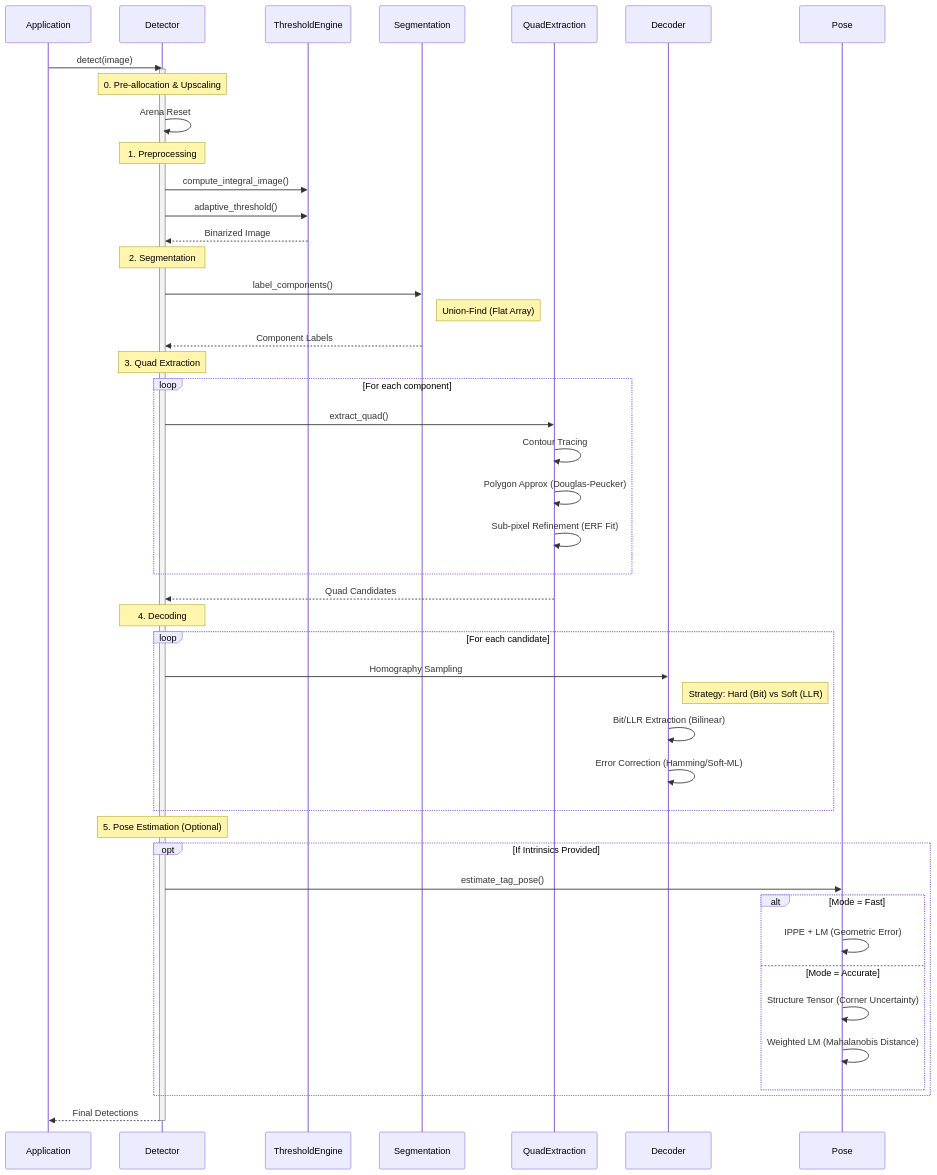
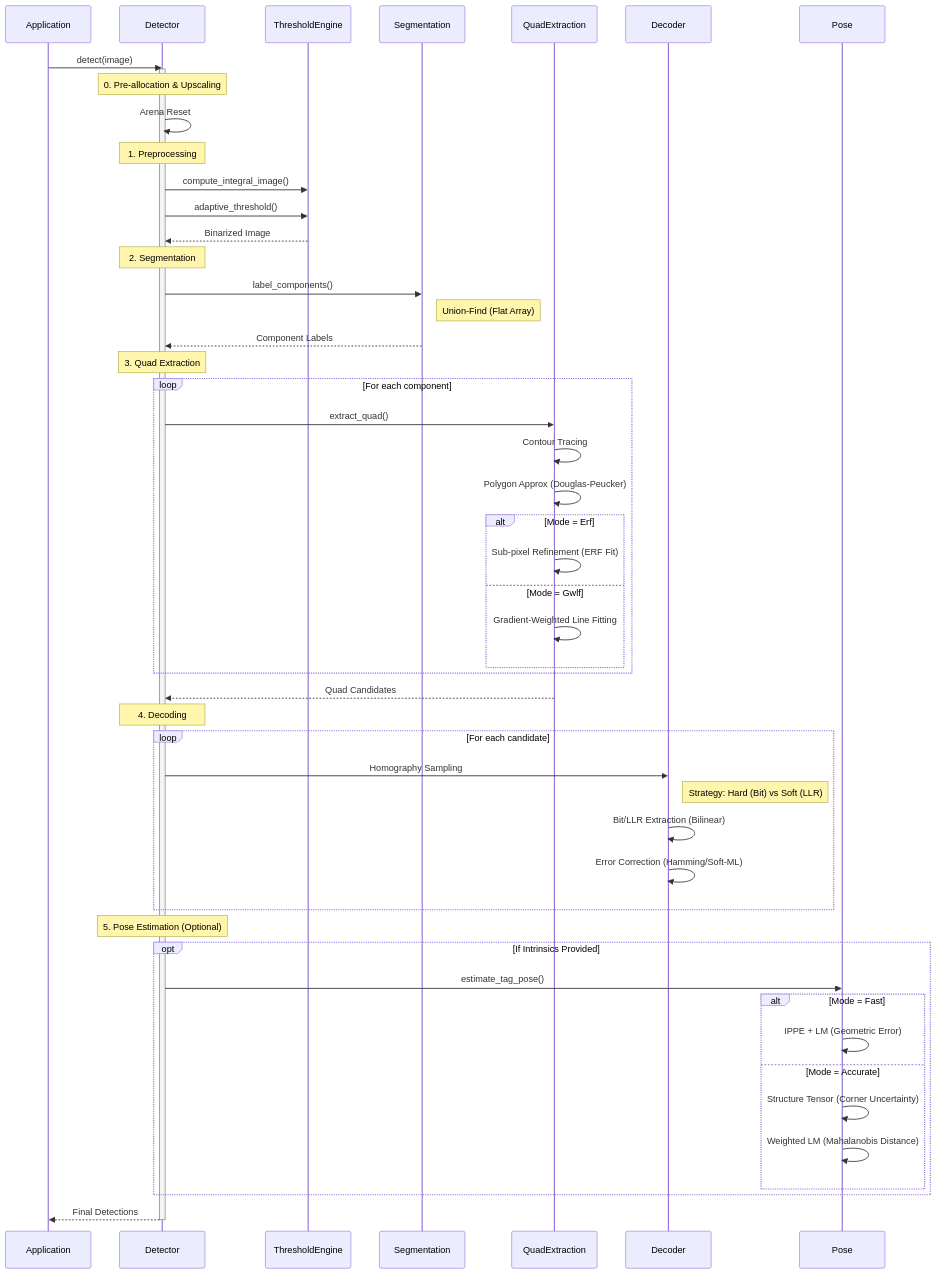
The second of 6 diagrams in docs/explanation/architecture.md (NoeFontana/locus-tag), drawn with Mermaid before and after one commit. The commit also changed other lines of this file and 23 other files, not shown here.

First line of the commit message:
PR: feat(gwlf) Implement Gradient-Weighted Line Fitting (#112)

````diff
--- a/docs/explanation/architecture.md
+++ b/docs/explanation/architecture.md
@@ -28,56 +28,60 @@
 ```mermaid
 sequenceDiagram
     participant App as Application
     participant Det as Detector
     participant Thresh as ThresholdEngine
     participant Seg as Segmentation
     participant Quad as QuadExtraction
     participant Decode as Decoder
 
     App->>Det: detect(image)
     activate Det
 
     Note over Det: 0. Pre-allocation & Upscaling
     Det->>Det: Arena Reset
 
     Note over Det: 1. Preprocessing
     Det->>Thresh: compute_integral_image()
     Det->>Thresh: adaptive_threshold()
     Thresh-->>Det: Binarized Image
 
     Note over Det: 2. Segmentation
     Det->>Seg: label_components()
     Note right of Seg: Union-Find (Flat Array)
     Seg-->>Det: Component Labels
 
     Note over Det: 3. Quad Extraction
     loop For each component
         Det->>Quad: extract_quad()
         Quad->>Quad: Contour Tracing
         Quad->>Quad: Polygon Approx (Douglas-Peucker)
-        Quad->>Quad: Sub-pixel Refinement (ERF Fit)
+        alt Mode = Erf
+            Quad->>Quad: Sub-pixel Refinement (ERF Fit)
+        else Mode = Gwlf
+            Quad->>Quad: Gradient-Weighted Line Fitting
+        end
     end
     Quad-->>Det: Quad Candidates
 
     Note over Det: 4. Decoding
     loop For each candidate
         Det->>Decode: Homography Sampling
         Note right of Decode: Strategy: Hard (Bit) vs Soft (LLR)
         Decode->>Decode: Bit/LLR Extraction (Bilinear)
         Decode->>Decode: Error Correction (Hamming/Soft-ML)
     end
 
     Note over Det: 5. Pose Estimation (Optional)
     opt If Intrinsics Provided
         Det->>Pose: estimate_tag_pose()
         alt Mode = Fast
             Pose->>Pose: IPPE + LM (Geometric Error)
         else Mode = Accurate
             Pose->>Pose: Structure Tensor (Corner Uncertainty)
             Pose->>Pose: Weighted LM (Mahalanobis Distance)
         end
     end
 
     Det-->>App: Final Detections
     deactivate Det
 ```
````
